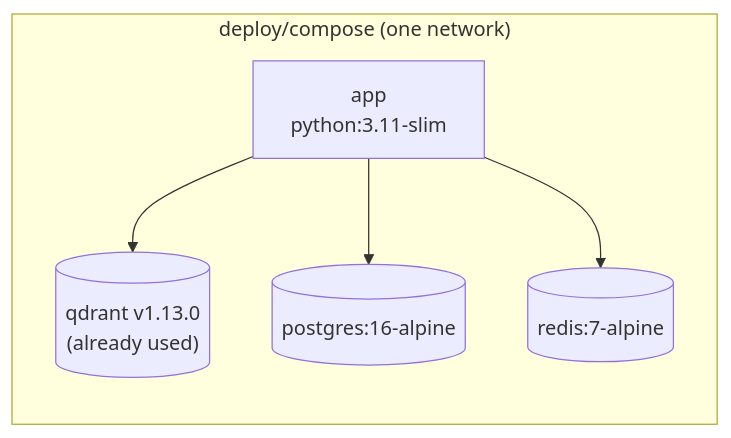
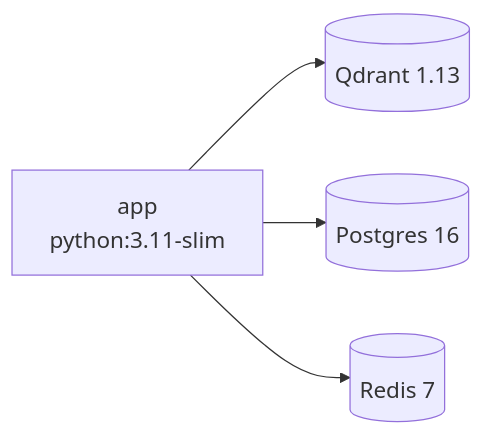
One commit to Ziadashraf301/TeleCopilot-AI changed the third of 5 diagrams in docs/design/M0-foundation.md. Above: the diagram before and after it, drawn with Mermaid. The commit also changed other lines of this file and 2 other files, not shown here.

Commit message:
S01-09: Readable M0 diagrams, design-pack diagram rules, S02-05 housekeeping ticket, Arabic learning guide

````diff
--- a/docs/design/M0-foundation.md
+++ b/docs/design/M0-foundation.md
@@ -183,12 +185,7 @@
 ```mermaid
+%%{init: {"themeVariables": {"fontSize": "18px"}}}%%
 flowchart LR
-  subgraph compose["deploy/compose (one network)"]
-    app["app<br/>python:3.11-slim"]
-    qd[("qdrant v1.13.0<br/>(already used)")]
-    pg[("postgres:16-alpine")]
-    rd[("redis:7-alpine")]
-  end
-  app --> qd
-  app --> pg
-  app --> rd
+  app["app<br/>python:3.11-slim"] --> qd[("Qdrant 1.13")]
+  app --> pg[("Postgres 16")]
+  app --> rd[("Redis 7")]
 ```
````
